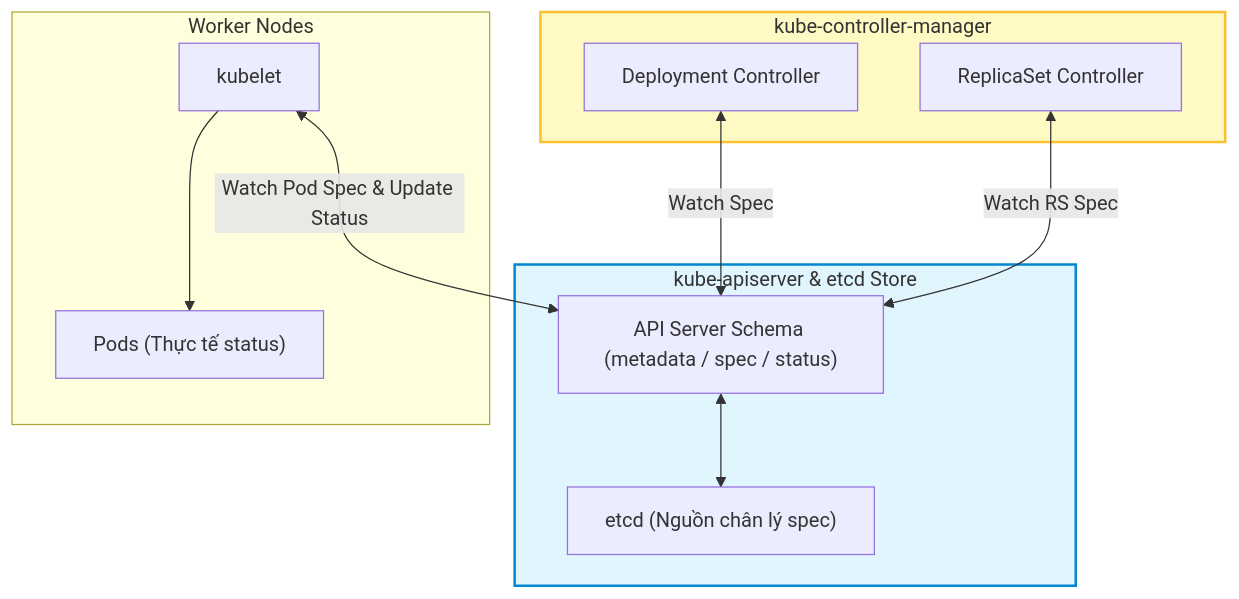
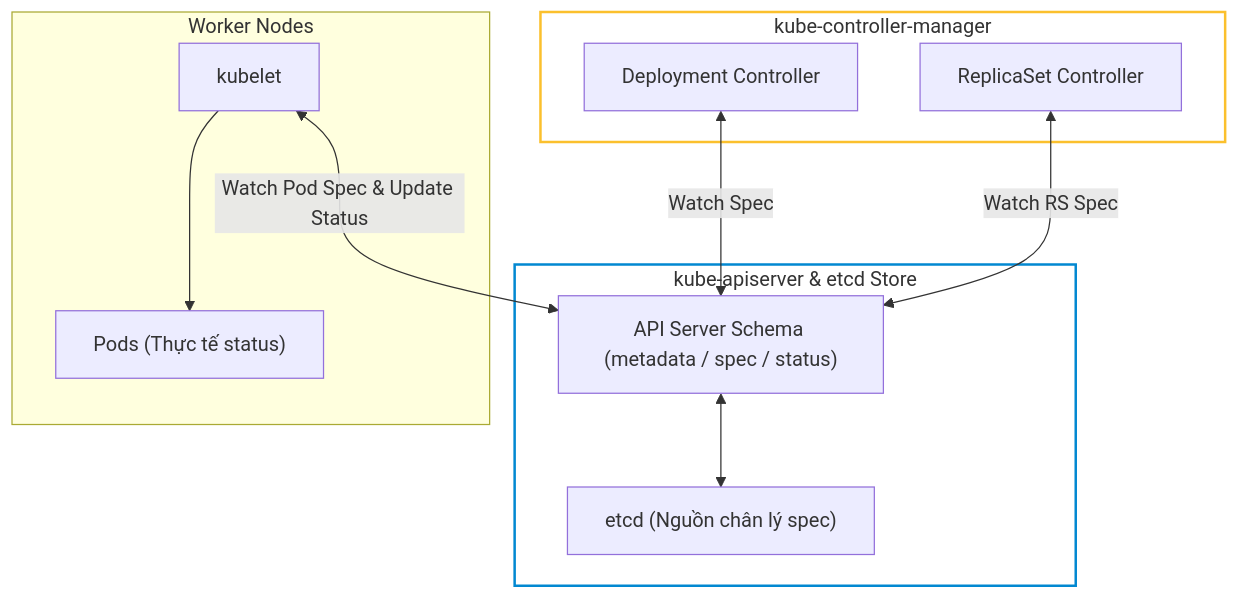
Before and after one commit to kiennt308/ntk: the third of 3 diagrams in _posts/2026-09-12-cka-03-03-doi-tuong-api-va-vong-doi-dieu-hoa.md, drawn with Mermaid. The commit also changed other lines of this file and 207 other files, not shown here.

Commit message:
feat(posts): batch standardize all 208 posts with TL;DR, qa-card accordion, fill:none mermaid, and liquid raw wrappers

````diff
--- a/_posts/2026-09-12-cka-03-03-doi-tuong-api-va-vong-doi-dieu-hoa.md
+++ b/_posts/2026-09-12-cka-03-03-doi-tuong-api-va-vong-doi-dieu-hoa.md
@@ -547,26 +551,26 @@
 ```mermaid
 graph TD
     subgraph Kube_API_Server ["kube-apiserver & etcd Store"]
         API["API Server Schema (metadata / spec / status)"]
         ETCD["etcd (Nguồn chân lý spec)"]
     end
 
     subgraph Controller_Manager ["kube-controller-manager"]
         DEPLOY_CTRL["Deployment Controller"]
         RS_CTRL["ReplicaSet Controller"]
     end
 
     subgraph Worker_Nodes ["Worker Nodes"]
         KLET["kubelet"]
         PODS["Pods (Thực tế status)"]
     end
 
     API <--> ETCD
     DEPLOY_CTRL <-->|Watch Spec| API
     RS_CTRL <-->|Watch RS Spec| API
     KLET <-->|Watch Pod Spec & Update Status| API
     KLET --> PODS
 
-    style Kube_API_Server fill:#e1f5fe,stroke:#0288d1,stroke-width:2px
-    style Controller_Manager fill:#fff9c4,stroke:#fbc02d,stroke-width:2px
+    style Kube_API_Server fill:none,stroke:#0288d1,stroke-width:2px
+    style Controller_Manager fill:none,stroke:#fbc02d,stroke-width:2px
 ```
````
